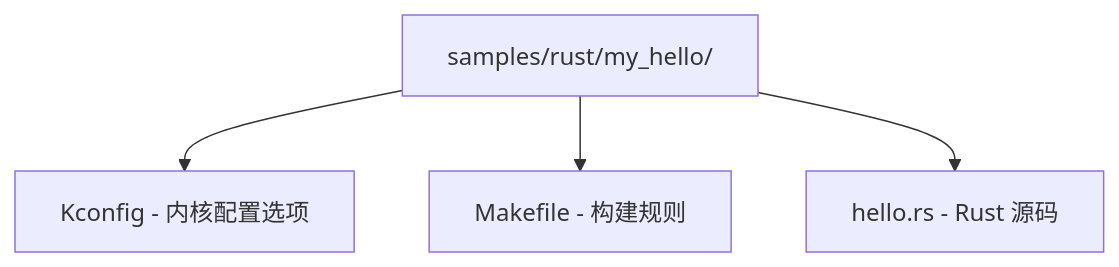
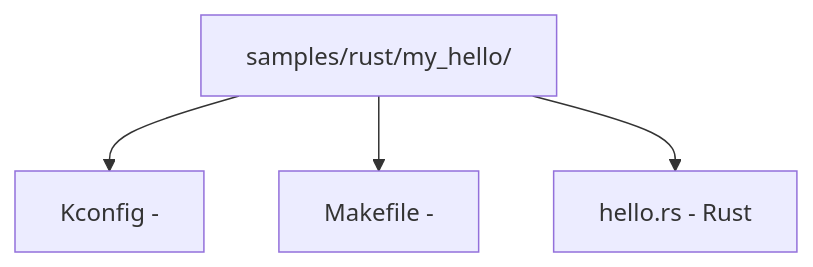
One commit to missercatos/RootStack changed the diagram in rust/6内核/03-内核模块开发实战.md. Above: the diagram before and after it, drawn with Mermaid. The commit also changed other lines of this file and 59 other files, not shown here.

````diff
--- a/rust/6内核/03-内核模块开发实战.md
+++ b/rust/6内核/03-内核模块开发实战.md
@@ -169,6 +169,6 @@
 ```mermaid
 graph TD
- ROOT["samples/rust/my_hello/"] --> KC["Kconfig - 内核配置选项"]
- ROOT --> MK["Makefile - 构建规则"]
- ROOT --> RS["hello.rs - Rust 源码"]
+ ROOT["samples/rust/my_hello/"] --> KC["Kconfig - "]
+ ROOT --> MK["Makefile - "]
+ ROOT --> RS["hello.rs - Rust "]
 ```
````
